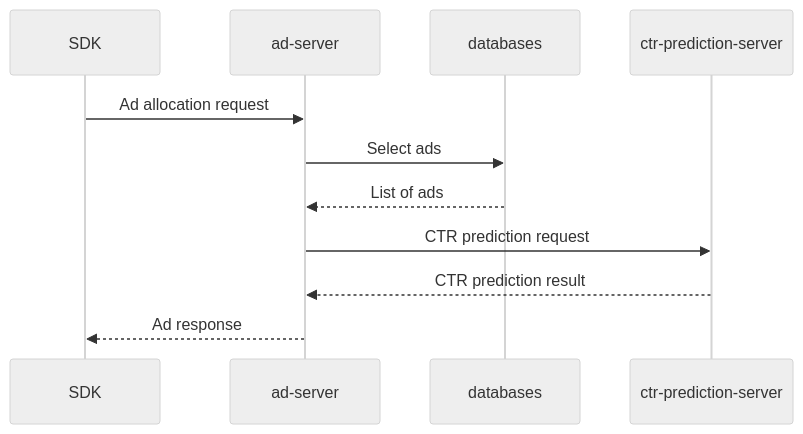
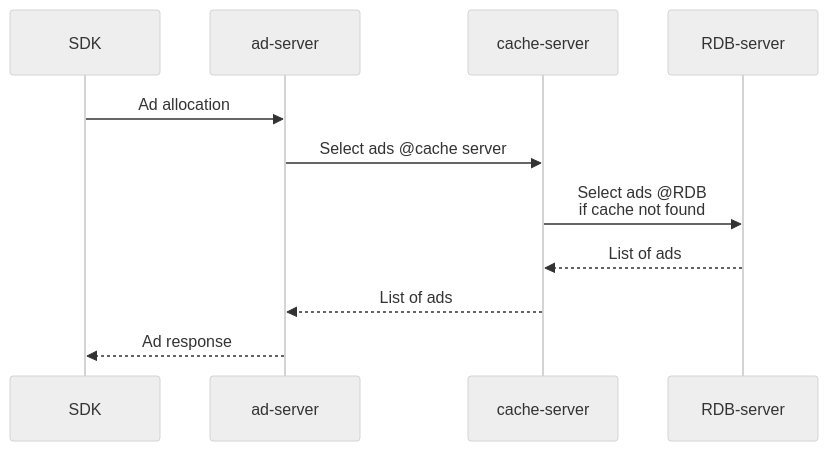
The first of 2 diagrams in README.md (DongWon-Sehr/ad-decision-server), drawn with Mermaid (neutral theme) before and after one commit. The commit also changed other lines of this file, not shown here.

````diff
--- a/README.md
+++ b/README.md
@@ -55,13 +36,15 @@
 ```mermaid
 sequenceDiagram
 Actor client
 participant client as SDK
 participant server as ad-server
+participant redis as cache-server
+participant mysql as RDB-server
 
-client->>server: Ad allocation request
-server->>databases: Select ads
-databases-->>server: List of ads
-server->>ctr-prediction-server: CTR prediction request
-ctr-prediction-server-->>server: CTR prediction result
+client->>server: Ad allocation
+server->>redis: Select ads @cache server
+redis->>mysql: Select ads @RDB <br>if cache not found
+mysql-->>redis: List of ads
+redis-->>server: List of ads
 server-->>client: Ad response
 ```
````
